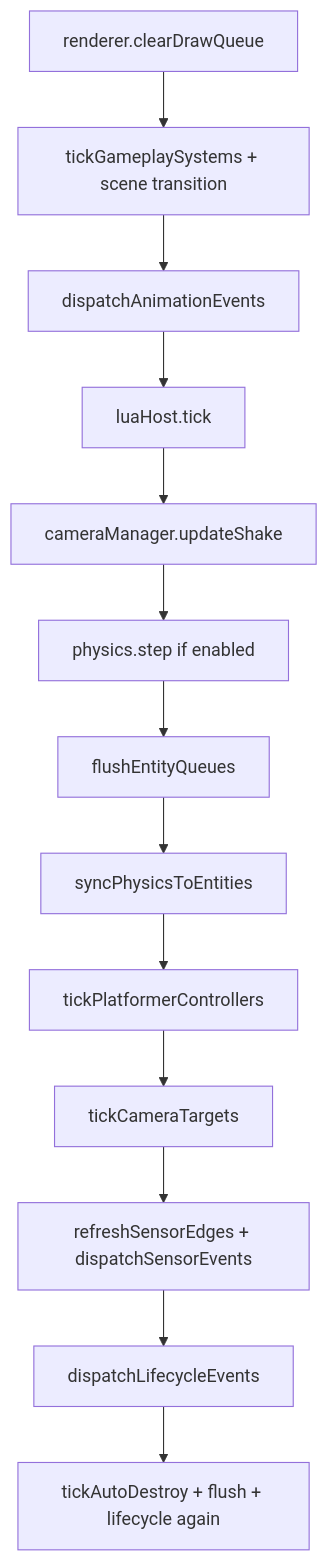
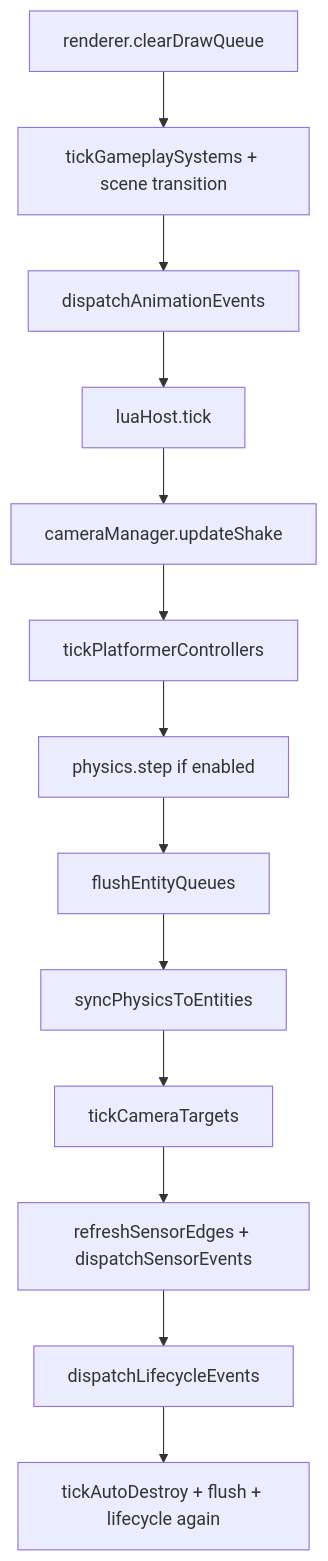
Before and after one commit to Toniocardex/ArtCade-Studio_V2: the diagram in docs/FIXED_STEP_CONTRACT.md, drawn with Mermaid. The commit also changed other lines of this file and 6 other files, not shown here.

````diff
--- a/docs/FIXED_STEP_CONTRACT.md
+++ b/docs/FIXED_STEP_CONTRACT.md
@@ -11,18 +11,18 @@
 ```mermaid
 flowchart TD
   clearDraw[renderer.clearDrawQueue]
   gameplay[tickGameplaySystems + scene transition]
   animPre[dispatchAnimationEvents]
   luaTick[luaHost.tick]
   camShake[cameraManager.updateShake]
+  platformer[tickPlatformerControllers]
   physStep[physics.step if enabled]
   flush1[flushEntityQueues]
   physSync[syncPhysicsToEntities]
-  platformer[tickPlatformerControllers]
   cam[tickCameraTargets]
   sensors[refreshSensorEdges + dispatchSensorEvents]
   life[dispatchLifecycleEvents]
   autoDestroy[tickAutoDestroy + flush + lifecycle again]
-  clearDraw --> gameplay --> animPre --> luaTick --> camShake --> physStep
-  physStep --> flush1 --> physSync --> platformer --> cam --> sensors --> life --> autoDestroy
+  clearDraw --> gameplay --> animPre --> luaTick --> camShake --> platformer --> physStep
+  physStep --> flush1 --> physSync --> cam --> sensors --> life --> autoDestroy
 ```
````
